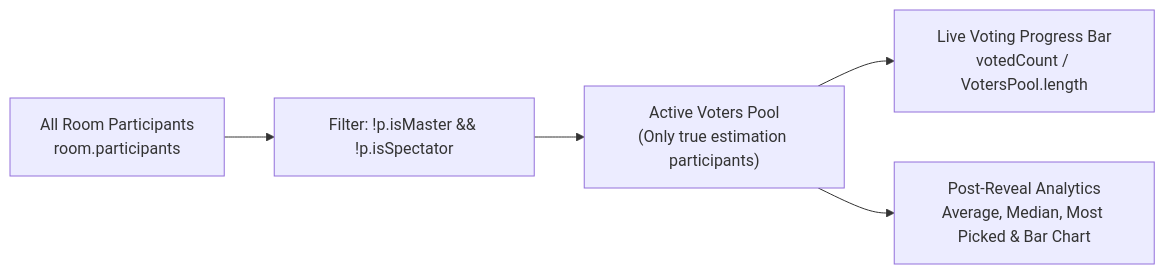
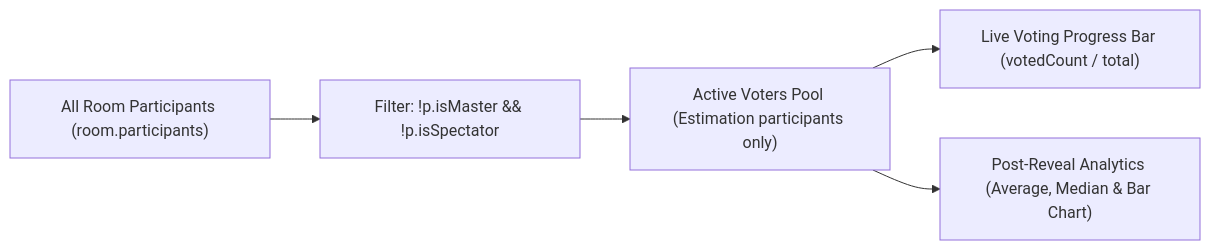
One commit to Stuxles/scrum-tools changed the diagram in docs/wiki/roles.md. Above: the diagram before and after it, drawn with Mermaid. The commit also changed 4 other files, not shown here.

Commit message:
fix(wiki): resolve Mermaid syntax errors in diagrams and state machines

````diff
--- a/docs/wiki/roles.md
+++ b/docs/wiki/roles.md
@@ -28,9 +28,9 @@
 ```mermaid
 flowchart LR
-    AllParticipants["All Room Participants<br/>room.participants"] --> FilterVoters["Filter: !p.isMaster && !p.isSpectator"]
+    AllParticipants["All Room Participants (room.participants)"] --> FilterVoters["Filter: !p.isMaster && !p.isSpectator"]
     
-    FilterVoters --> VotersPool["Active Voters Pool<br/>(Only true estimation participants)"]
+    FilterVoters --> VotersPool["Active Voters Pool (Estimation participants only)"]
     
-    VotersPool --> CalcProgress["Live Voting Progress Bar<br/>votedCount / VotersPool.length"]
-    VotersPool --> CalcStats["Post-Reveal Analytics<br/>Average, Median, Most Picked & Bar Chart"]
+    VotersPool --> CalcProgress["Live Voting Progress Bar (votedCount / total)"]
+    VotersPool --> CalcStats["Post-Reveal Analytics (Average, Median & Bar Chart)"]
 ```
````
